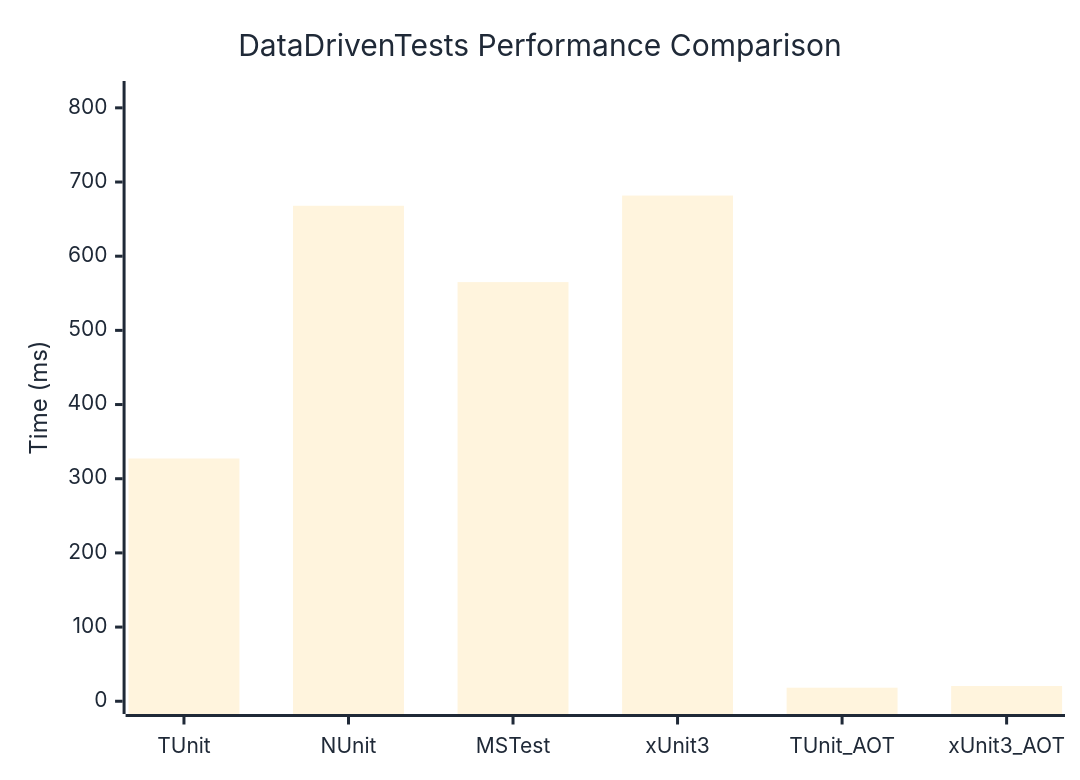
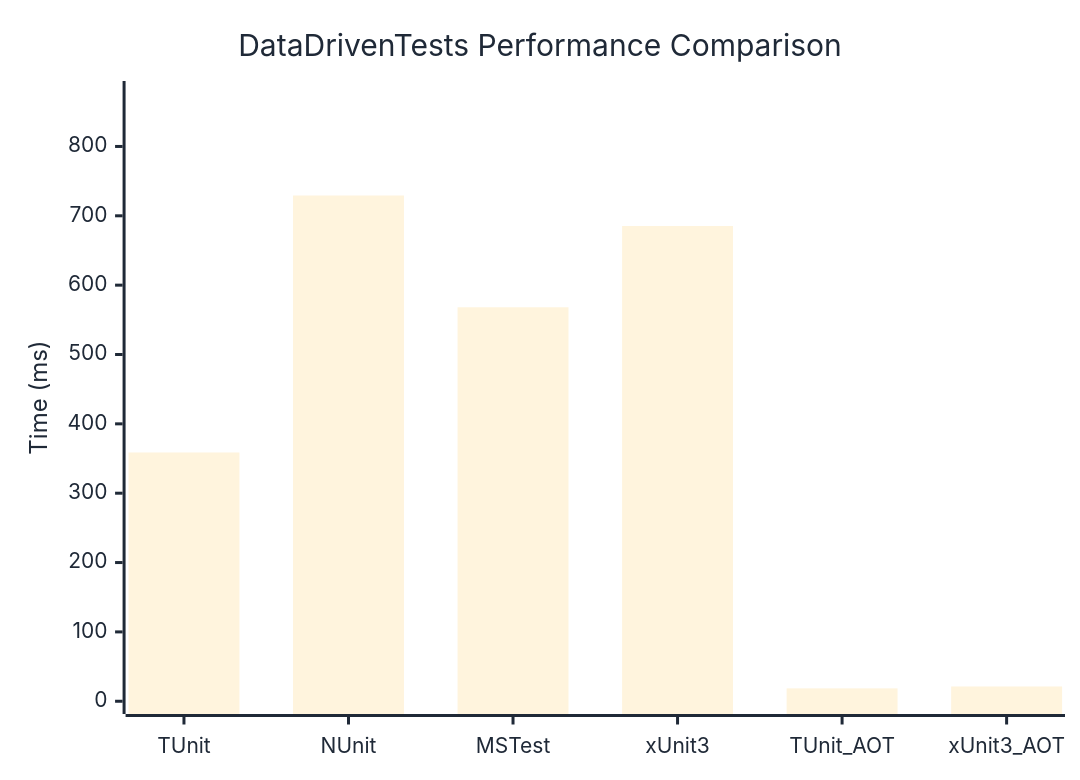
Before and after one commit to thomhurst/TUnit: the diagram in docs/docs/benchmarks/engine/DataDrivenTests.md, drawn with Mermaid. The commit also changed other lines of this file and 18 other files, not shown here.

````diff
--- a/docs/docs/benchmarks/engine/DataDrivenTests.md
+++ b/docs/docs/benchmarks/engine/DataDrivenTests.md
@@ -30,37 +30,37 @@
 ```mermaid
 %%{init: {
   'theme':'base',
   'themeVariables': {
     'primaryColor': '#2563eb',
     'primaryTextColor': '#1f2937',
     'primaryBorderColor': '#1e40af',
     'lineColor': '#6b7280',
     'secondaryColor': '#7c3aed',
     'tertiaryColor': '#dc2626',
     'background': '#ffffff',
     'mainBkg': '#2563eb',
     'secondBkg': '#7c3aed',
     'tertiaryBkg': '#dc2626',
     'clusterBkg': '#f3f4f6',
     'edgeLabelBackground': '#ffffff',
     'tertiaryTextColor': '#1f2937',
     'pie1': '#2563eb',
     'pie2': '#7c3aed',
     'pie3': '#dc2626',
     'pie4': '#f59e0b',
     'pie5': '#10b981',
     'pie6': '#06b6d4',
     'pie7': '#ec4899',
     'pie8': '#6366f1',
     'pie9': '#84cc16',
     'pie10': '#f97316',
     'pie11': '#14b8a6',
     'pie12': '#a855f7'
   }
 }}%%
 xychart-beta
   title "DataDrivenTests Performance Comparison"
   x-axis ["TUnit", "NUnit", "MSTest", "xUnit3", "TUnit_AOT", "xUnit3_AOT"]
-  y-axis "Time (ms)" 0 --> 819
-  bar [327.27, 667.98, 565.09, 681.76, 18.28, 20.54]
+  y-axis "Time (ms)" 0 --> 876
+  bar [358.71, 729.29, 568.12, 685.27, 18.57, 21.31]
 ```
````
